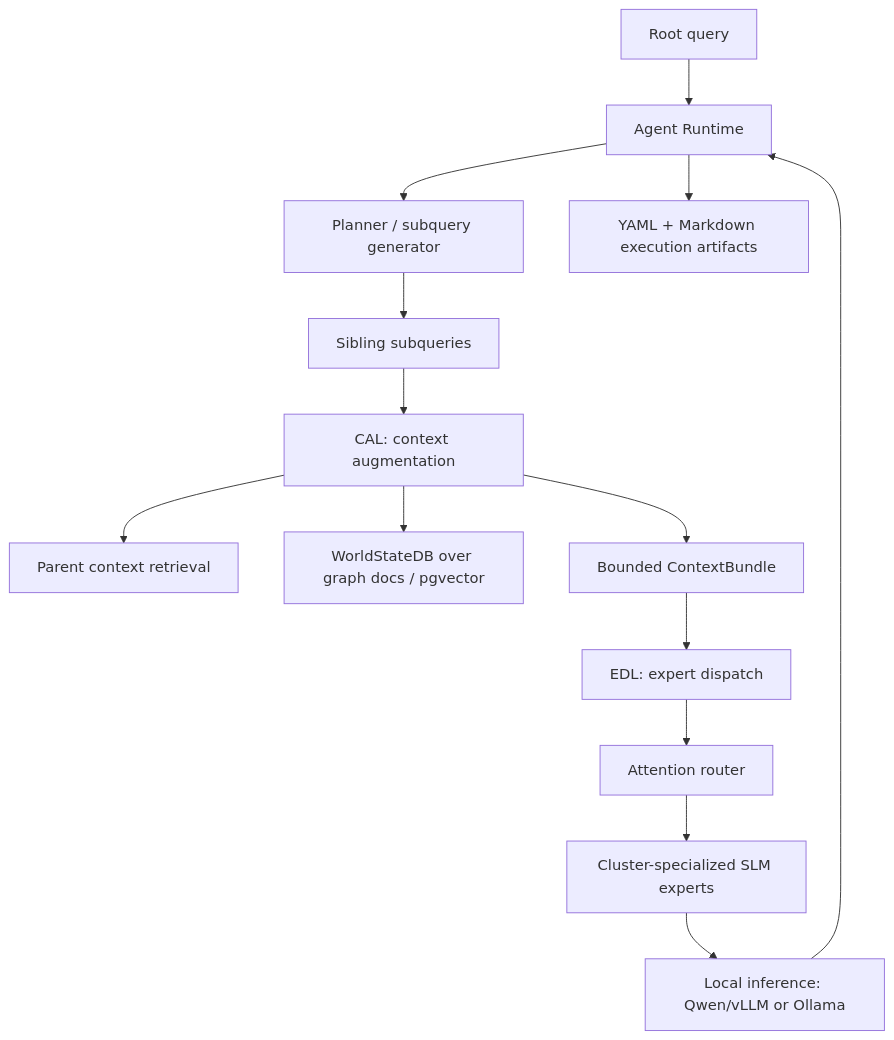
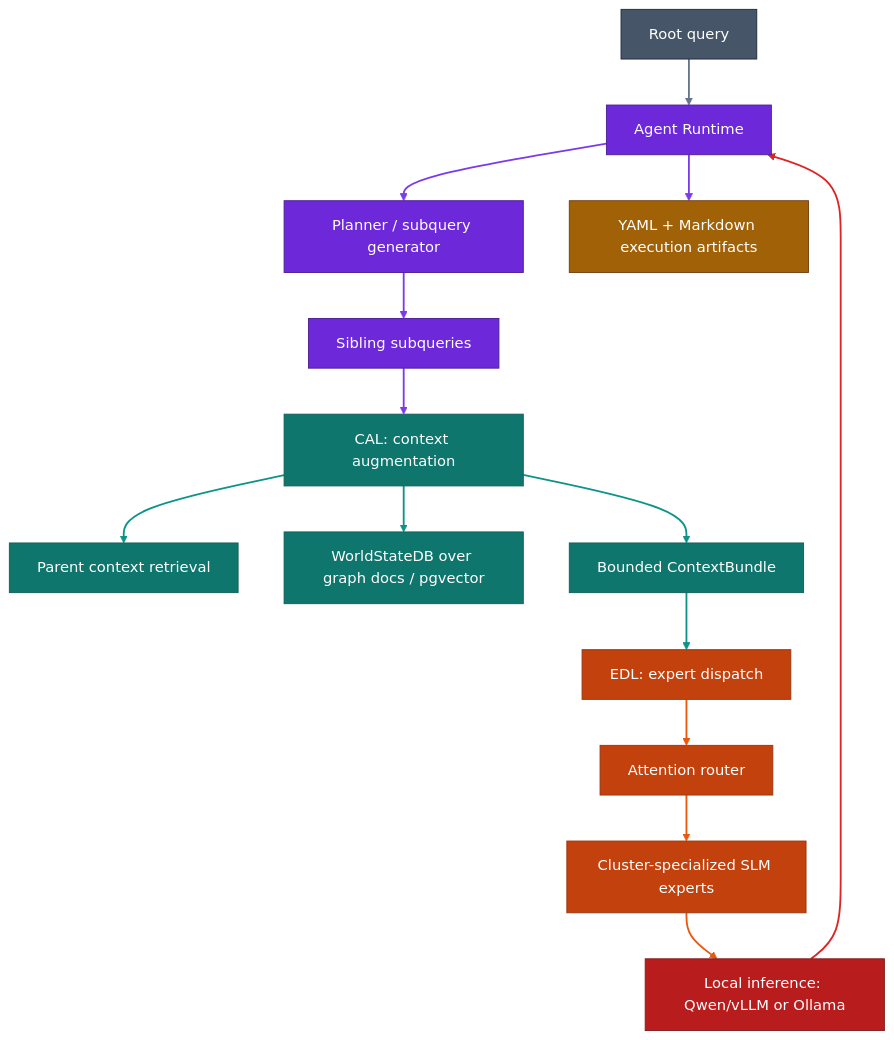
The first of 4 diagrams in README.md (ForestDweller014/Dullahan), drawn with Mermaid before and after one commit. The commit also changed other lines of this file, not shown here.

First line of the commit message:
docs: Color-code architecture diagrams

````diff
--- a/README.md
+++ b/README.md
@@ -65,16 +72,36 @@
 ```mermaid
 flowchart TD
     User["Root query"] --> Runtime["Agent Runtime"]
     Runtime --> Planner["Planner / subquery generator"]
     Planner --> Subqueries["Sibling subqueries"]
     Subqueries --> CAL["CAL: context augmentation"]
     CAL --> ParentContext["Parent context retrieval"]
     CAL --> WorldStateDB["WorldStateDB over graph docs / pgvector"]
     CAL --> ContextBundle["Bounded ContextBundle"]
     ContextBundle --> EDL["EDL: expert dispatch"]
     EDL --> Router["Attention router"]
     Router --> Experts["Cluster-specialized SLM experts"]
     Experts --> Inference["Local inference: Qwen/vLLM or Ollama"]
     Inference --> Runtime
     Runtime --> Artifacts["YAML + Markdown execution artifacts"]
+
+    class User external
+    class Runtime,Planner,Subqueries orchestration
+    class CAL,ParentContext,WorldStateDB,ContextBundle contextLayer
+    class EDL,Router,Experts dispatchLayer
+    class Inference inferenceLayer
+    class Artifacts memoryLayer
+
+    classDef external fill:#475569,stroke:#1E293B,color:#FFFFFF
+    classDef orchestration fill:#6D28D9,stroke:#4C1D95,color:#FFFFFF
+    classDef contextLayer fill:#0F766E,stroke:#115E59,color:#FFFFFF
+    classDef dispatchLayer fill:#C2410C,stroke:#9A3412,color:#FFFFFF
+    classDef inferenceLayer fill:#B91C1C,stroke:#7F1D1D,color:#FFFFFF
+    classDef memoryLayer fill:#A16207,stroke:#713F12,color:#FFFFFF
+
+    linkStyle 0 stroke:#64748B,stroke-width:2px
+    linkStyle 1,2,3,12 stroke:#7C3AED,stroke-width:2px
+    linkStyle 4,5,6,7 stroke:#0D9488,stroke-width:2px
+    linkStyle 8,9,10 stroke:#EA580C,stroke-width:2px
+    linkStyle 11 stroke:#DC2626,stroke-width:2px
 ```
````
